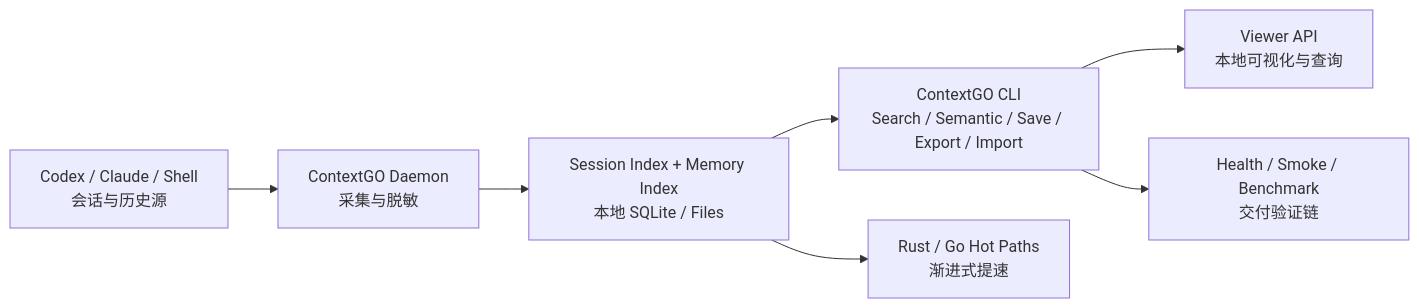
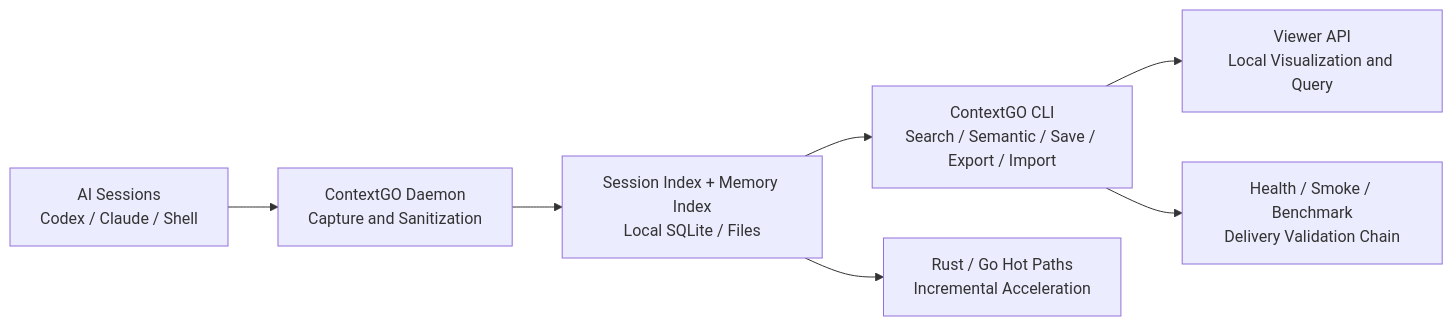
One commit to dunova/context-mesh-foundry changed the first of 2 diagrams in README.md. Above: the diagram before and after it, drawn with Mermaid. The commit also changed other lines of this file and 19 other files, not shown here.

````diff
--- a/README.md
+++ b/README.md
@@ -52,9 +39,9 @@
 ```mermaid
 flowchart LR
-    A["Codex / Claude / Shell<br/>会话与历史源"] --> B["ContextGO Daemon<br/>采集与脱敏"]
-    B --> C["Session Index + Memory Index<br/>本地 SQLite / Files"]
+    A["AI Sessions<br/>Codex / Claude / Shell"] --> B["ContextGO Daemon<br/>Capture and Sanitization"]
+    B --> C["Session Index + Memory Index<br/>Local SQLite / Files"]
     C --> D["ContextGO CLI<br/>Search / Semantic / Save / Export / Import"]
-    D --> E["Viewer API<br/>本地可视化与查询"]
-    D --> F["Health / Smoke / Benchmark<br/>交付验证链"]
-    C --> G["Rust / Go Hot Paths<br/>渐进式提速"]
+    D --> E["Viewer API<br/>Local Visualization and Query"]
+    D --> F["Health / Smoke / Benchmark<br/>Delivery Validation Chain"]
+    C --> G["Rust / Go Hot Paths<br/>Incremental Acceleration"]
 ```
````
